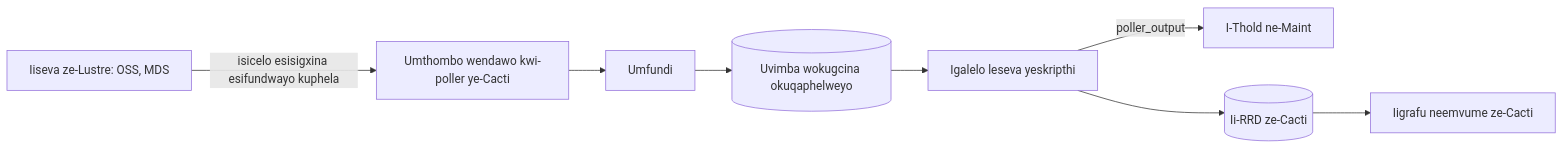
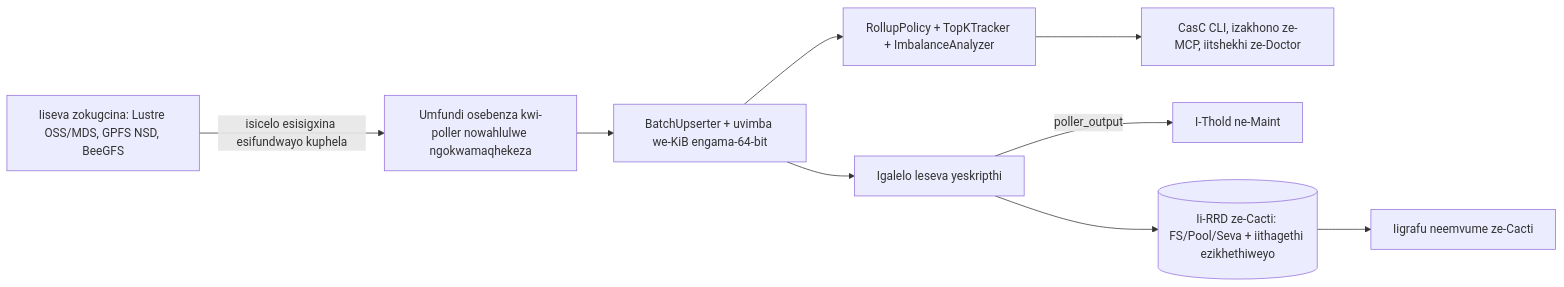
Before and after one commit to somethingwithproof/plugin_pfs: the diagram in docs/i18n/xh-ZA/README.md, drawn with Mermaid. The commit also changed other lines of this file and 47 other files, not shown here.

````diff
--- a/docs/i18n/xh-ZA/README.md
+++ b/docs/i18n/xh-ZA/README.md
@@ -73,10 +82,11 @@
 ```mermaid
 flowchart LR
-    N[Iiseva ze-Lustre: OSS, MDS] -->|isicelo esisigxina esifundwayo kuphela| S[Umthombo wendawo kwi-poller ye-Cacti]
-    S --> R[Umfundi]
-    R --> C[(Uvimba wokugcina okuqaphelweyo)]
-    C --> SS[Igalelo leseva yeskripthi]
-    SS -->|poller_output| T[I-Thold ne-Maint]
-    SS --> RRD[(Ii-RRD ze-Cacti)]
-    RRD --> G[Iigrafu neemvume ze-Cacti]
+    N["Iiseva zokugcina: Lustre OSS/MDS, GPFS NSD, BeeGFS"] -->|isicelo esisigxina esifundwayo kuphela| S["Umfundi osebenza kwi-poller nowahlulwe ngokwamaqhekeza"]
+    S --> B["BatchUpserter + uvimba we-KiB engama-64-bit"]
+    B --> R["RollupPolicy + TopKTracker + ImbalanceAnalyzer"]
+    B --> SS["Igalelo leseva yeskripthi"]
+    R --> ECO["CasC CLI, izakhono ze-MCP, iitshekhi ze-Doctor"]
+    SS -->|poller_output| T["I-Thold ne-Maint"]
+    SS --> RRD[("Ii-RRD ze-Cacti: FS/Pool/Seva + iithagethi ezikhethiweyo")]
+    RRD --> G["Iigrafu neemvume ze-Cacti"]
 ```
````
